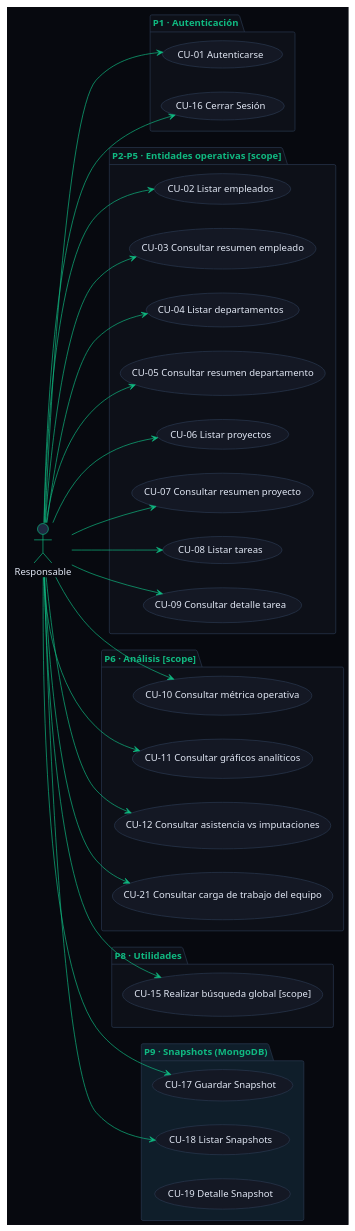
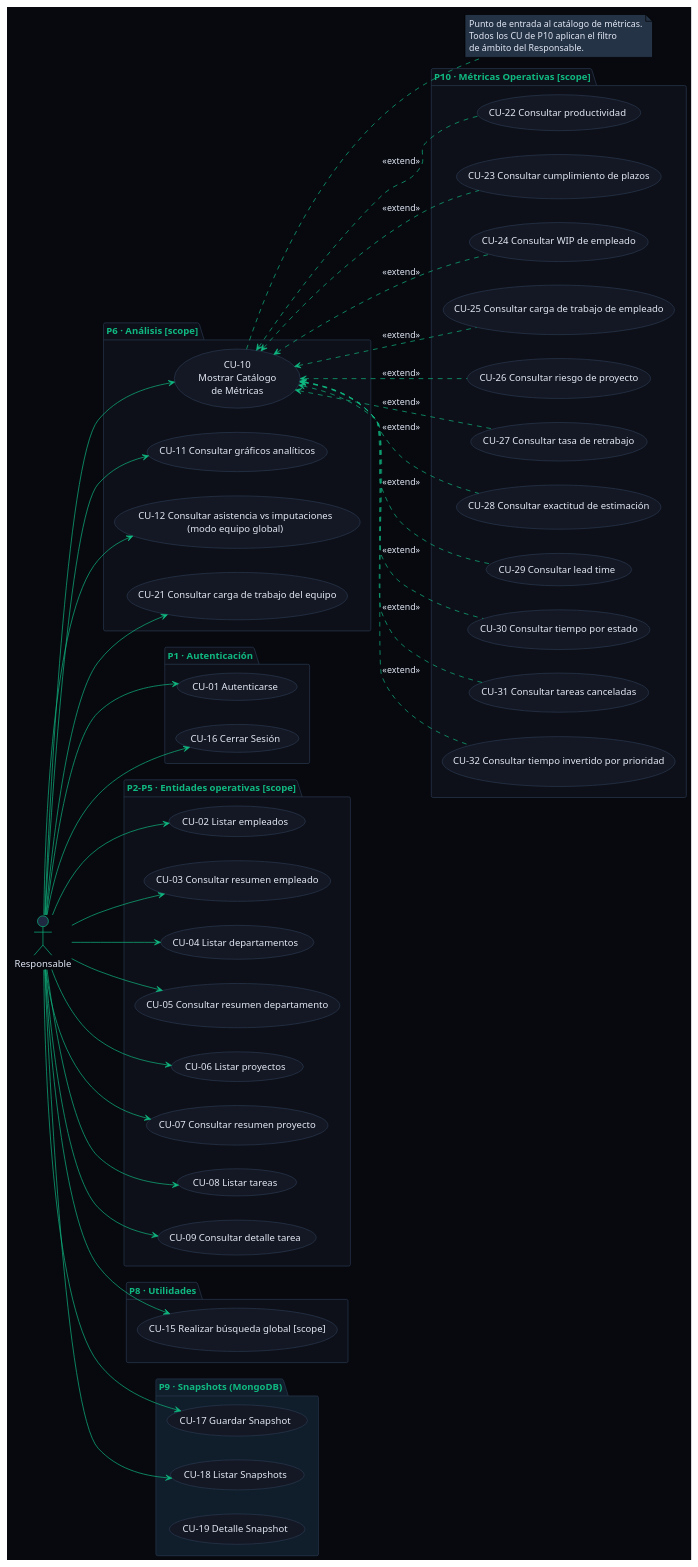
The diagram in Estudiantes/cesar-garcia-eguiguren/Capítulo-2/diagramas/actorResponsable.puml (ceesargaarcia/GII-TFG-2026), drawn with PlantUML before and after one commit. The commit also changed 49 other files, not shown here.

```diff
--- a/Estudiantes/cesar-garcia-eguiguren/Capítulo-2/diagramas/actorResponsable.puml
+++ b/Estudiantes/cesar-garcia-eguiguren/Capítulo-2/diagramas/actorResponsable.puml
@@ -1,79 +1,116 @@
 @startuml ActorResponsable
 !theme plain
 left to right direction
 
 skinparam backgroundColor #07090F
 skinparam defaultFontColor #E2E8F5
 skinparam ArrowColor #10B981
 skinparam NoteBackgroundColor #253346
 skinparam usecase {
   BackgroundColor #141824
   BorderColor #2A3850
   FontColor #E2E8F5
 }
 skinparam actor {
   BackgroundColor #1E2840
   BorderColor #10B981
   FontColor #E2E8F5
 }
 skinparam package {
   BackgroundColor #0D1018
   BorderColor #2A3850
   FontColor #10B981
   FontStyle bold
 }
 
 actor "Responsable" as R
 
 package "P1 · Autenticación" {
   usecase "CU-01 Autenticarse" as CU01
   usecase "CU-16 Cerrar Sesión" as CU16
 }
 
 package "P2–P5 · Entidades operativas [scope]" {
   usecase "CU-02 Listar empleados" as CU02
   usecase "CU-03 Consultar resumen empleado" as CU03
   usecase "CU-04 Listar departamentos" as CU04
   usecase "CU-05 Consultar resumen departamento" as CU05
   usecase "CU-06 Listar proyectos" as CU06
   usecase "CU-07 Consultar resumen proyecto" as CU07
   usecase "CU-08 Listar tareas" as CU08
   usecase "CU-09 Consultar detalle tarea" as CU09
 }
 
 package "P6 · Análisis [scope]" {
-  usecase "CU-10 Consultar métrica operativa" as CU10
+  usecase "CU-10\nMostrar Catálogo\nde Métricas" as CU10
   usecase "CU-11 Consultar gráficos analíticos" as CU11
-  usecase "CU-12 Consultar asistencia vs imputaciones" as CU12
+  usecase "CU-12 Consultar asistencia vs imputaciones\n(modo equipo global)" as CU12
   usecase "CU-21 Consultar carga de trabajo del equipo" as CU21
+}
+
+package "P10 · Métricas Operativas [scope]" {
+  usecase "CU-22 Consultar productividad" as CU22
+  usecase "CU-23 Consultar cumplimiento de plazos" as CU23
+  usecase "CU-24 Consultar WIP de empleado" as CU24
+  usecase "CU-25 Consultar carga de trabajo de empleado" as CU25
+  usecase "CU-26 Consultar riesgo de proyecto" as CU26
+  usecase "CU-27 Consultar tasa de retrabajo" as CU27
+  usecase "CU-28 Consultar exactitud de estimación" as CU28
+  usecase "CU-29 Consultar lead time" as CU29
+  usecase "CU-30 Consultar tiempo por estado" as CU30
+  usecase "CU-31 Consultar tareas canceladas" as CU31
+  usecase "CU-32 Consultar tiempo invertido por prioridad" as CU32
 }
 
 package "P8 · Utilidades" {
   usecase "CU-15 Realizar búsqueda global [scope]" as CU15
 }
 
 package "P9 · Snapshots (MongoDB)" #0F1E2A {
   usecase "CU-17 Guardar Snapshot" as CU17
   usecase "CU-18 Listar Snapshots" as CU18
   usecase "CU-19 Detalle Snapshot" as CU19
 }
 
+' ── Ancla de layout: fuerza P10 a la derecha de CU-10 ─────────
+CU10 -[hidden]right-> CU22
+
+' ── Relaciones <<extend>> P10 → CU-10 ─────────────────────────
+CU10 <.. CU22 : <<extend>>
+CU10 <.. CU23 : <<extend>>
+CU10 <.. CU24 : <<extend>>
+CU10 <.. CU25 : <<extend>>
+CU10 <.. CU26 : <<extend>>
+CU10 <.. CU27 : <<extend>>
+CU10 <.. CU28 : <<extend>>
+CU10 <.. CU29 : <<extend>>
+CU10 <.. CU30 : <<extend>>
+CU10 <.. CU31 : <<extend>>
+CU10 <.. CU32 : <<extend>>
+
+' ── Conexiones del actor ───────────────────────────────────────
 R --> CU01
 R --> CU02
 R --> CU03
 R --> CU04
 R --> CU05
 R --> CU06
 R --> CU07
 R --> CU08
 R --> CU09
 R --> CU10
 R --> CU11
 R --> CU12
 R --> CU15
 R --> CU16
 R --> CU17
 R --> CU18
 R --> CU21
 
+note right of CU10
+  Punto de entrada al catálogo de métricas.
+  Todos los CU de P10 aplican el filtro
+  de ámbito del Responsable.
+end note
+
 @enduml
```
